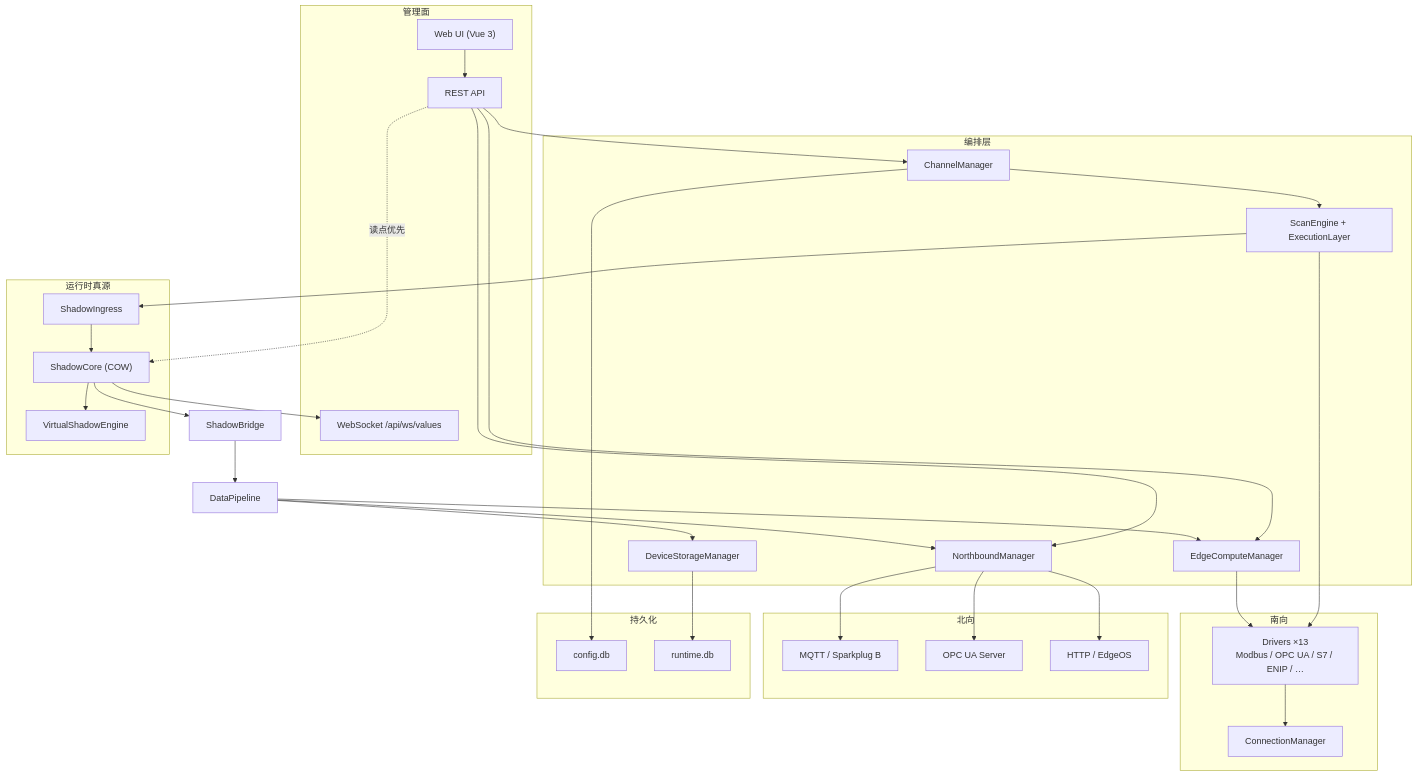
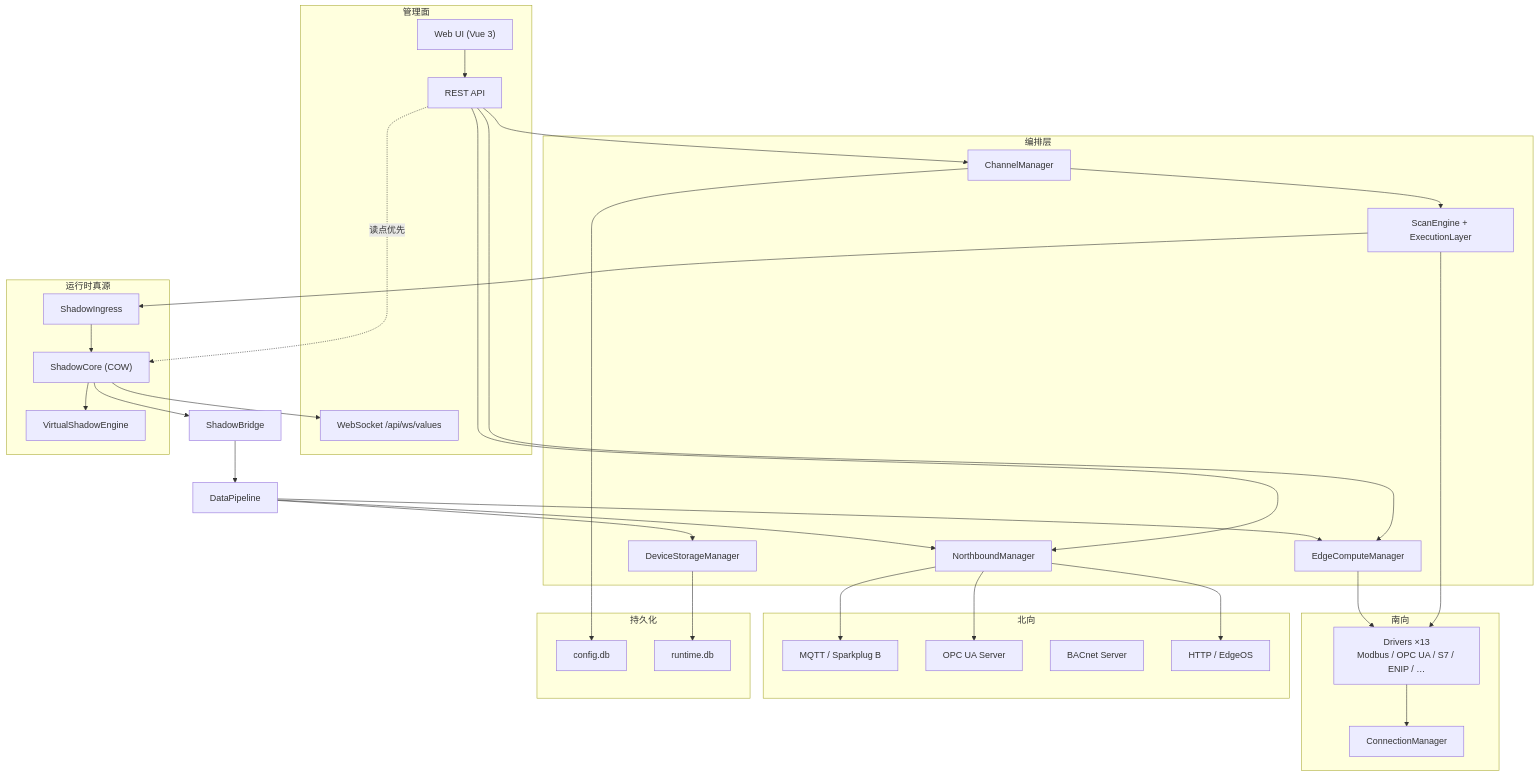
Before and after one commit to anviod/edgex: the first of 3 diagrams in docs/edge/边缘网关架构设计总览.md, drawn with Mermaid. The commit also changed other lines of this file and 11 other files, not shown here.

First line of the commit message:
docs: 北向文档全面更新 — 增加 BACnet Server 从机模式双向读写指南

````diff
--- a/docs/edge/边缘网关架构设计总览.md
+++ b/docs/edge/边缘网关架构设计总览.md
@@ -52,62 +52,63 @@
 ```mermaid
 flowchart TB
   subgraph UI["管理面"]
     WEB["Web UI (Vue 3)"]
     REST["REST API"]
     WS["WebSocket /api/ws/values"]
   end
 
   subgraph ORCH["编排层"]
     CM["ChannelManager"]
     SE["ScanEngine + ExecutionLayer"]
     ECM["EdgeComputeManager"]
     NBM["NorthboundManager"]
     DSM["DeviceStorageManager"]
   end
 
   subgraph SOT["运行时真源"]
     SI["ShadowIngress"]
     SC["ShadowCore (COW)"]
     VSE["VirtualShadowEngine"]
   end
 
   subgraph SB["南向"]
     DRV["Drivers ×13<br/>Modbus / OPC UA / S7 / ENIP / …"]
     CONN["ConnectionManager"]
   end
 
   subgraph NB["北向"]
     MQTT["MQTT / Sparkplug B"]
     OPCS["OPC UA Server"]
+    BACnet["BACnet Server"]
     HTTP["HTTP / EdgeOS"]
   end
 
   subgraph STORE["持久化"]
     CDB["config.db"]
     RDB["runtime.db"]
   end
 
   WEB --> REST
   REST --> CM
   REST --> ECM
   REST --> NBM
   CM --> SE
   SE --> DRV
   DRV --> CONN
   SE --> SI
   SI --> SC
   SC --> VSE
   SC --> WS
   SC --> SB_BRIDGE["ShadowBridge"]
   SB_BRIDGE --> PIPE["DataPipeline"]
   PIPE --> ECM
   PIPE --> NBM
   PIPE --> DSM
   ECM --> DRV
   NBM --> MQTT
   NBM --> OPCS
   NBM --> HTTP
   DSM --> RDB
   CM --> CDB
   REST -.->|读点优先| SC
 ```
````
